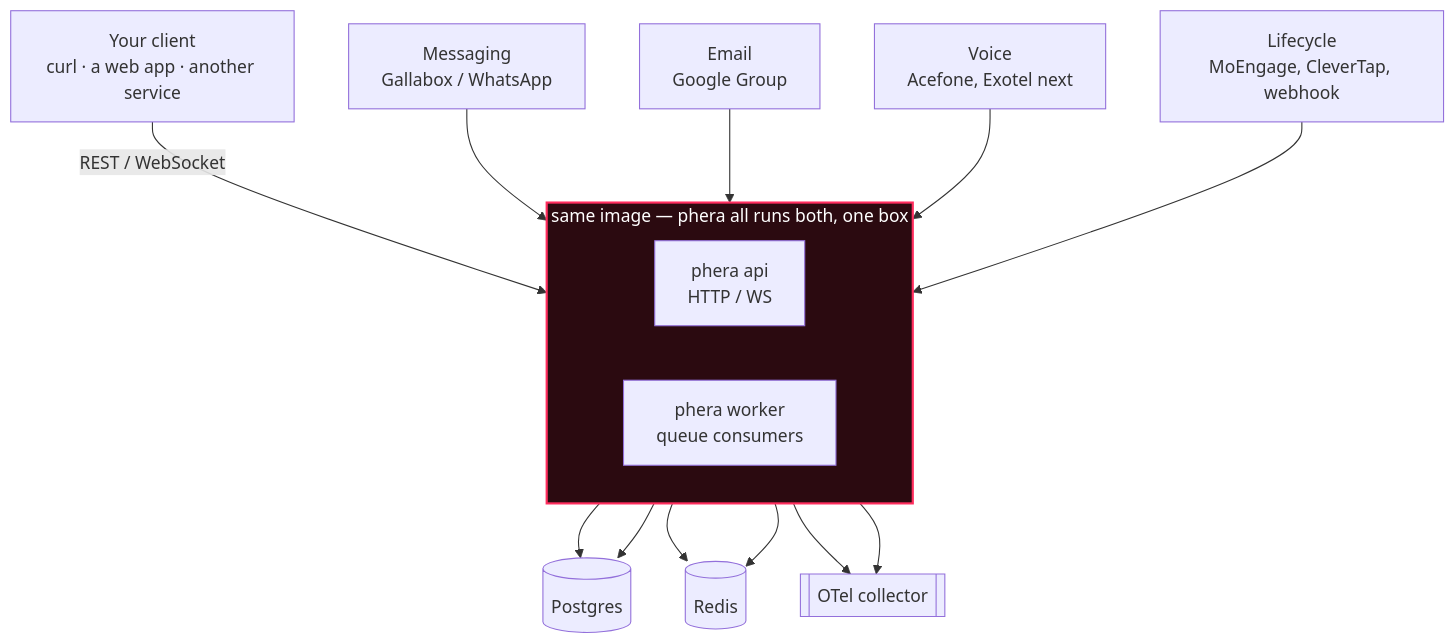
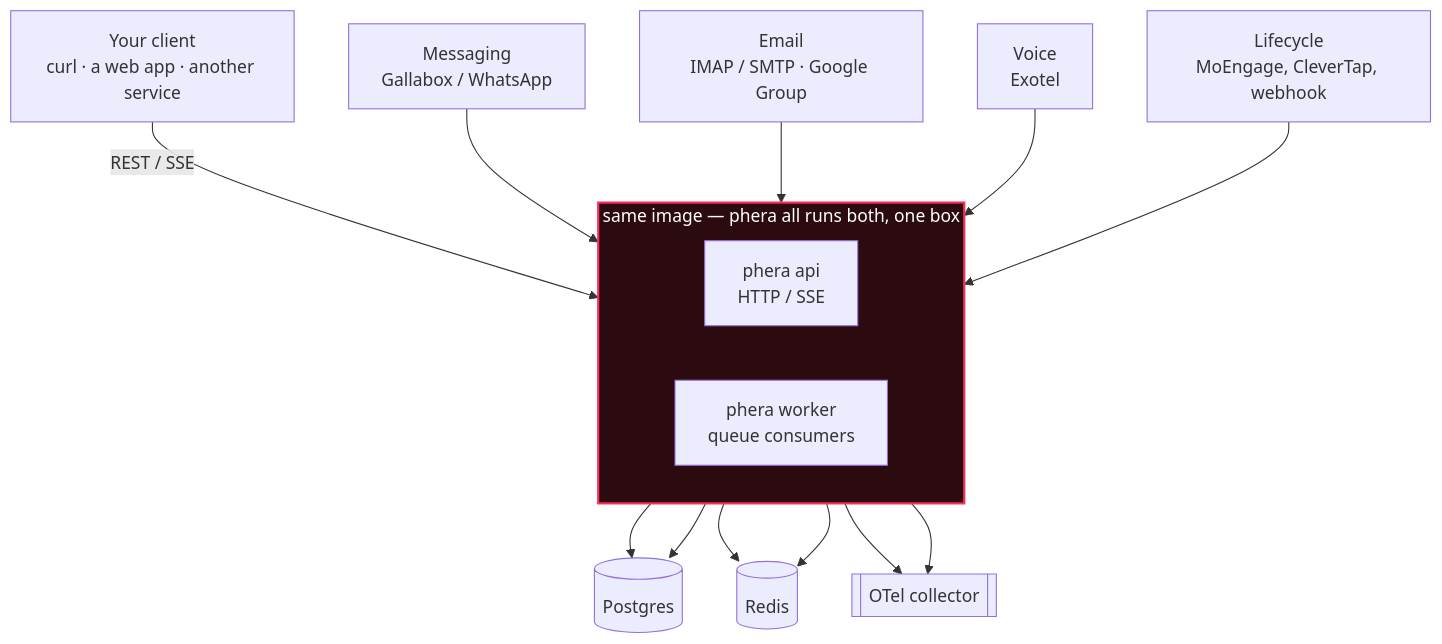
Before and after one commit to debarko/phera: the first of 2 diagrams in README.md, drawn with Mermaid. The commit also changed other lines of this file and 1 other file, not shown here.

````diff
--- a/README.md
+++ b/README.md
@@ -47,25 +75,25 @@
 ```mermaid
 flowchart TB
-    client["Your client<br/>curl · a web app · another service"] -->|REST / WebSocket| api
+    client["Your client<br/>curl · a web app · another service"] -->|REST / SSE| api
 
     subgraph binary["same image — phera all runs both, one box"]
         direction LR
-        api["phera api<br/>HTTP / WS"]
+        api["phera api<br/>HTTP / SSE"]
         worker["phera worker<br/>queue consumers"]
     end
 
     msg["Messaging<br/>Gallabox / WhatsApp"] --> api
-    email["Email<br/>Google Group"] --> api
-    voice["Voice<br/>Acefone, Exotel next"] --> api
+    email["Email<br/>IMAP / SMTP · Google Group"] --> api
+    voice["Voice<br/>Exotel"] --> api
     lifecycle["Lifecycle<br/>MoEngage, CleverTap, webhook"] --> api
 
     api --> pg[(Postgres)]
     api --> redis[(Redis)]
     api --> otel[[OTel collector]]
     worker --> pg
     worker --> redis
     worker --> otel
 
     classDef accent fill:#2b0a10,stroke:#ff2d5e,color:#fff,stroke-width:2px;
     class binary accent;
 ```
````
